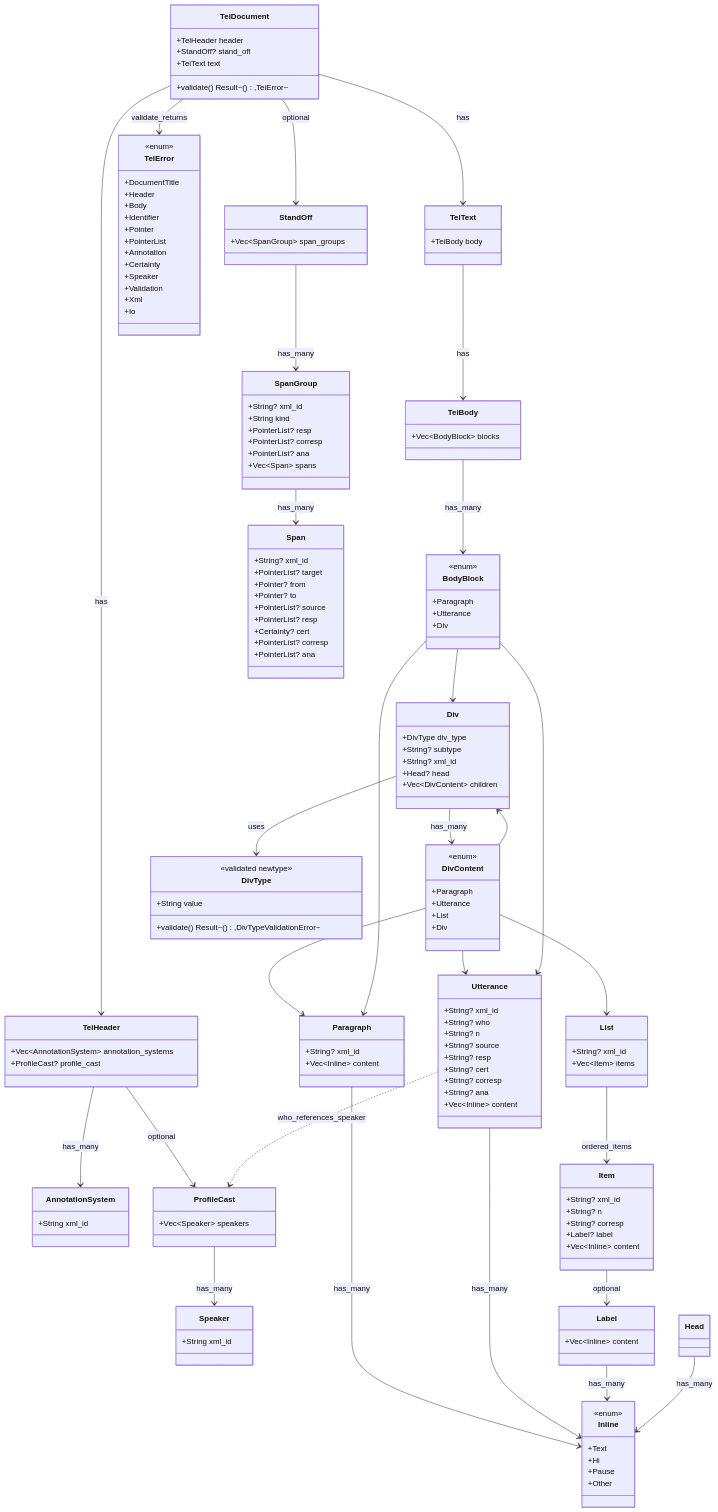
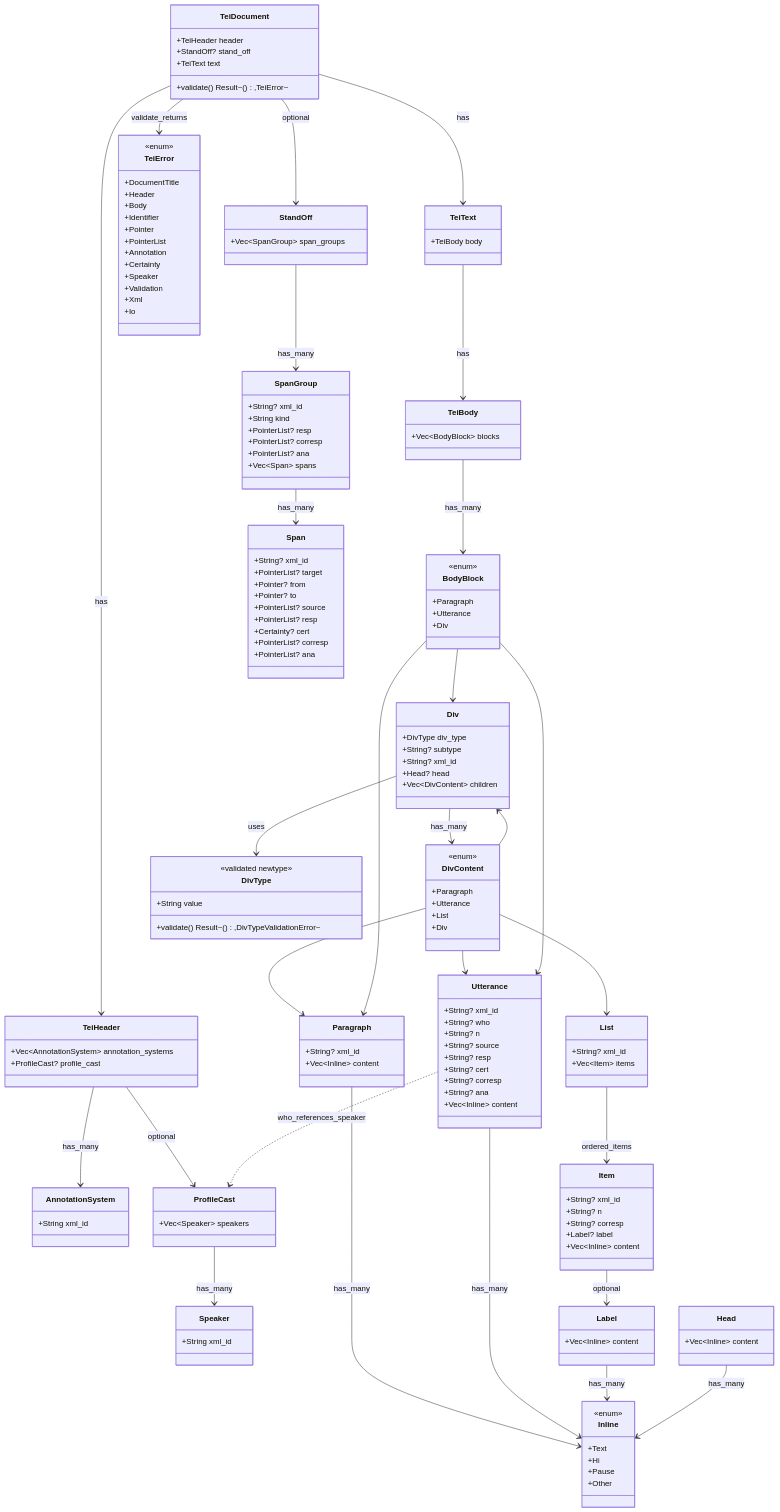
Before and after one commit to leynos/tei-rapporteur: the second of 4 diagrams in docs/tei-rapporteur-design-document.md, drawn with Mermaid. The commit also changed 3 other files, not shown here.

```diff
--- a/docs/tei-rapporteur-design-document.md
+++ b/docs/tei-rapporteur-design-document.md
@@ -813,6 +813,10 @@
       +String? cert
       +String? corresp
       +String? ana
+      +Vec~Inline~ content
+    }
+
+    class Head {
       +Vec~Inline~ content
     }
 
```
